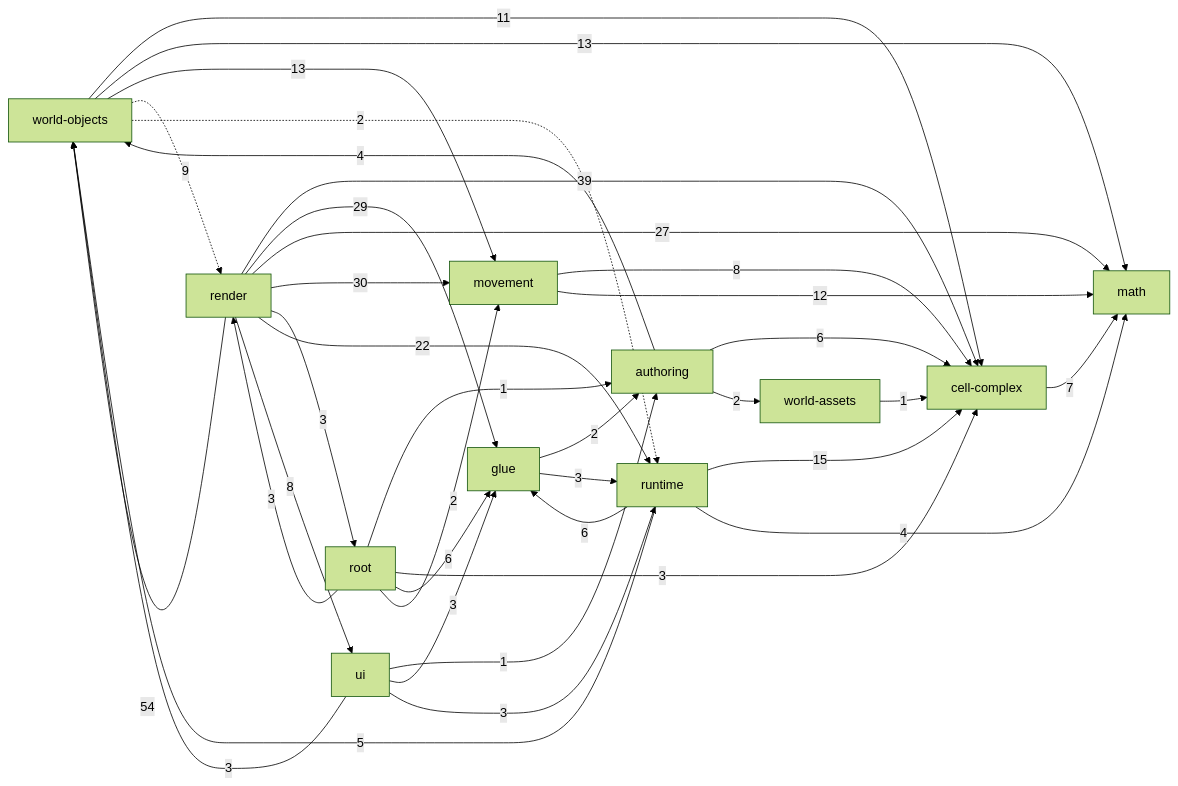
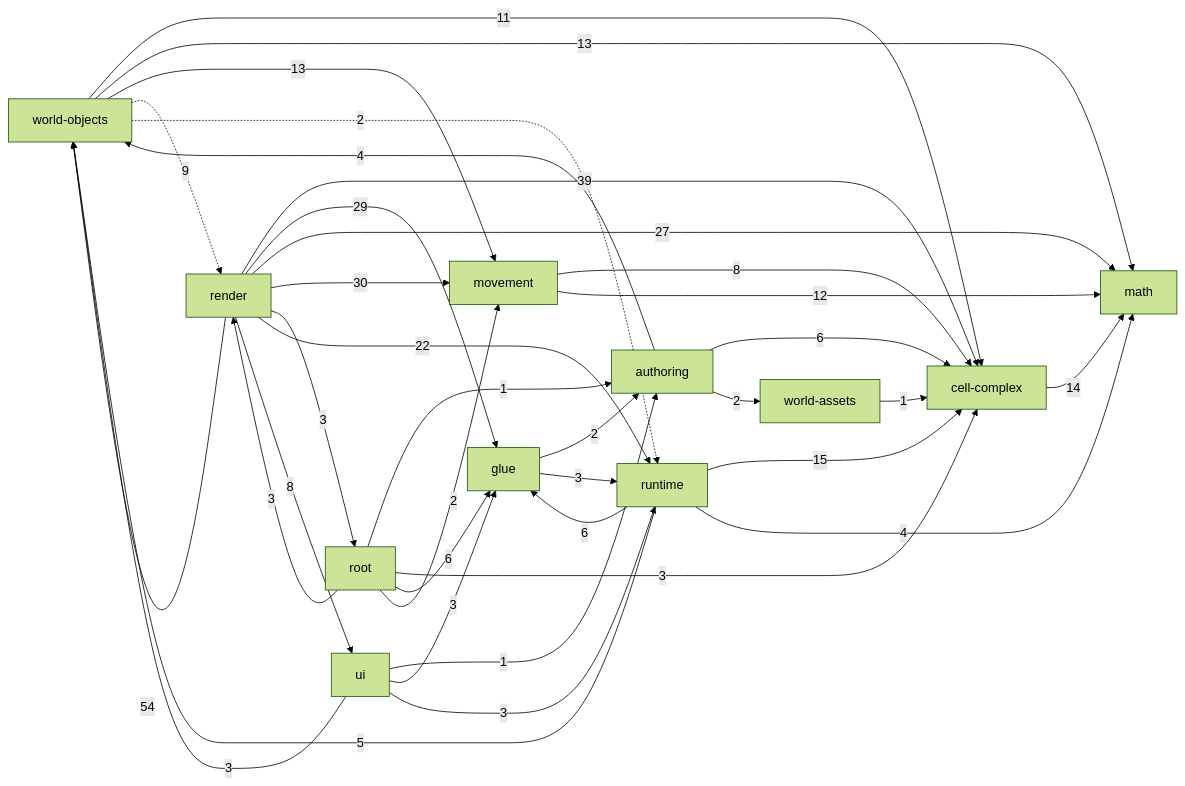
The diagram in _docs/generated/ARCHITECTURE_REFERENCE.md (guraltsev/noneuclid-fpv), drawn with Mermaid (forest theme) before and after one commit. The commit also changed other lines of this file and 11 other files, not shown here.

````diff
--- a/_docs/generated/ARCHITECTURE_REFERENCE.md
+++ b/_docs/generated/ARCHITECTURE_REFERENCE.md
@@ -32,49 +32,49 @@
 ```mermaid
 flowchart LR
   math["math"]
   cell_complex["cell-complex"]
   movement["movement"]
   world_assets["world-assets"]
   world_objects["world-objects"]
   authoring["authoring"]
   runtime["runtime"]
   ui["ui"]
   glue["glue"]
   render["render"]
   root["root"]
   authoring -->|6| cell_complex
   authoring -->|2| world_assets
   authoring -->|4| world_objects
-  cell_complex -->|7| math
+  cell_complex -->|14| math
   glue -->|2| authoring
   glue -->|3| runtime
   movement -->|8| cell_complex
   movement -->|12| math
   render -->|39| cell_complex
   render -->|29| glue
   render -->|27| math
   render -->|30| movement
   render -->|3| root
   render -->|22| runtime
   render -->|8| ui
   render -->|54| world_objects
   root -->|1| authoring
   root -->|3| cell_complex
   root -->|6| glue
   root -->|2| movement
   root -->|3| render
   runtime -->|15| cell_complex
   runtime -->|6| glue
   runtime -->|4| math
   runtime -->|5| world_objects
   ui -->|1| authoring
   ui -->|3| glue
   ui -->|3| runtime
   ui -->|3| world_objects
   world_assets -->|1| cell_complex
   world_objects -->|11| cell_complex
   world_objects -->|13| math
   world_objects -->|13| movement
   world_objects -.->|9| render
   world_objects -.->|2| runtime
 ```
````
